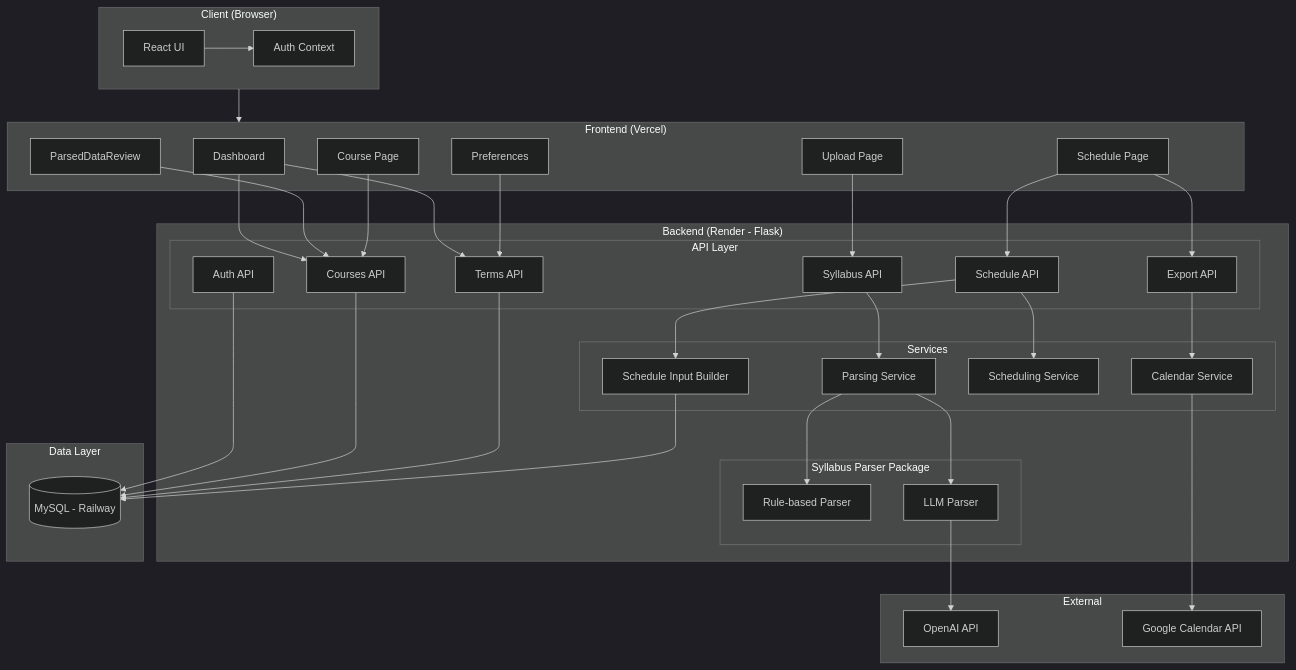
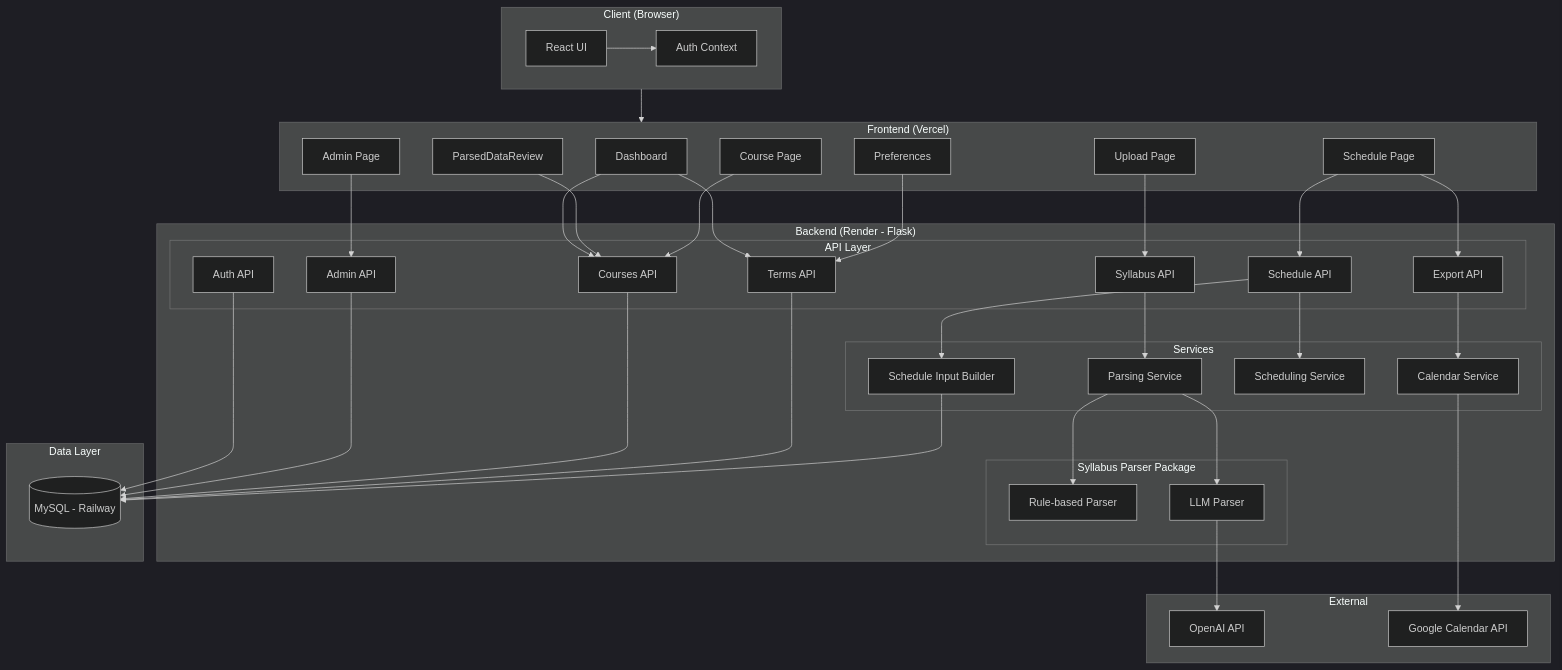
The first of 8 diagrams in docs/final-progress-report.md (cs-keni/syllabify), drawn with Mermaid (dark theme) before and after one commit. The commit also changed other lines of this file and 1 other file, not shown here.

````diff
--- a/docs/final-progress-report.md
+++ b/docs/final-progress-report.md
@@ -157,72 +159,76 @@
 ```mermaid
 flowchart TB
     subgraph Client["Client (Browser)"]
         UI[React UI]
         AuthCtx[Auth Context]
         UI --> AuthCtx
     end
 
     subgraph Frontend["Frontend (Vercel)"]
         Dashboard[Dashboard]
         Upload[Upload Page]
         Review[ParsedDataReview]
         Schedule[Schedule Page]
         Preferences[Preferences]
         Course[Course Page]
+        Admin[Admin Page]
     end
 
     subgraph Backend["Backend (Render - Flask)"]
         subgraph API["API Layer"]
             AuthAPI[Auth API]
+            AdminAPI[Admin API]
             SyllabusAPI[Syllabus API]
             CoursesAPI[Courses API]
             TermsAPI[Terms API]
             ScheduleAPI[Schedule API]
             ExportAPI[Export API]
         end
 
         subgraph Services["Services"]
             ParsingSvc[Parsing Service]
             ScheduleInput[Schedule Input Builder]
             SchedulingSvc[Scheduling Service]
             CalendarSvc[Calendar Service]
         end
 
         subgraph Parser["Syllabus Parser Package"]
             RuleParser[Rule-based Parser]
             LLMParser[LLM Parser]
         end
     end
 
     subgraph Data["Data Layer"]
         MySQL[(MySQL - Railway)]
     end
 
     subgraph External["External"]
         OpenAI[OpenAI API]
         GoogleCal[Google Calendar API]
     end
 
     Client --> Frontend
     Dashboard --> TermsAPI
     Dashboard --> CoursesAPI
     Upload --> SyllabusAPI
     Review --> CoursesAPI
     Schedule --> ScheduleAPI
     Schedule --> ExportAPI
     Preferences --> TermsAPI
     Course --> CoursesAPI
+    Admin --> AdminAPI
 
     AuthAPI --> MySQL
+    AdminAPI --> MySQL
     SyllabusAPI --> ParsingSvc
     ParsingSvc --> RuleParser
     ParsingSvc --> LLMParser
     LLMParser --> OpenAI
     CoursesAPI --> MySQL
     TermsAPI --> MySQL
     ScheduleAPI --> ScheduleInput
     ScheduleAPI --> SchedulingSvc
     ScheduleInput --> MySQL
     ExportAPI --> CalendarSvc
     CalendarSvc --> GoogleCal
 ```
````
